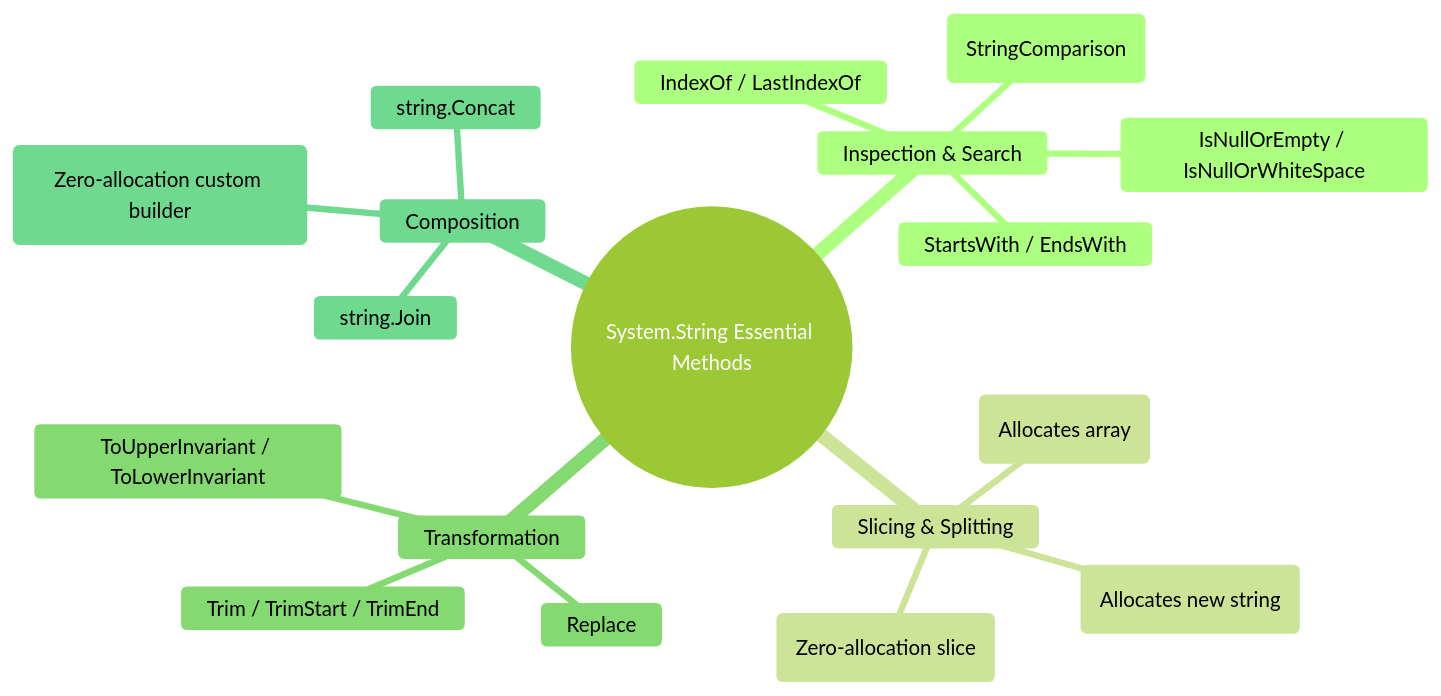
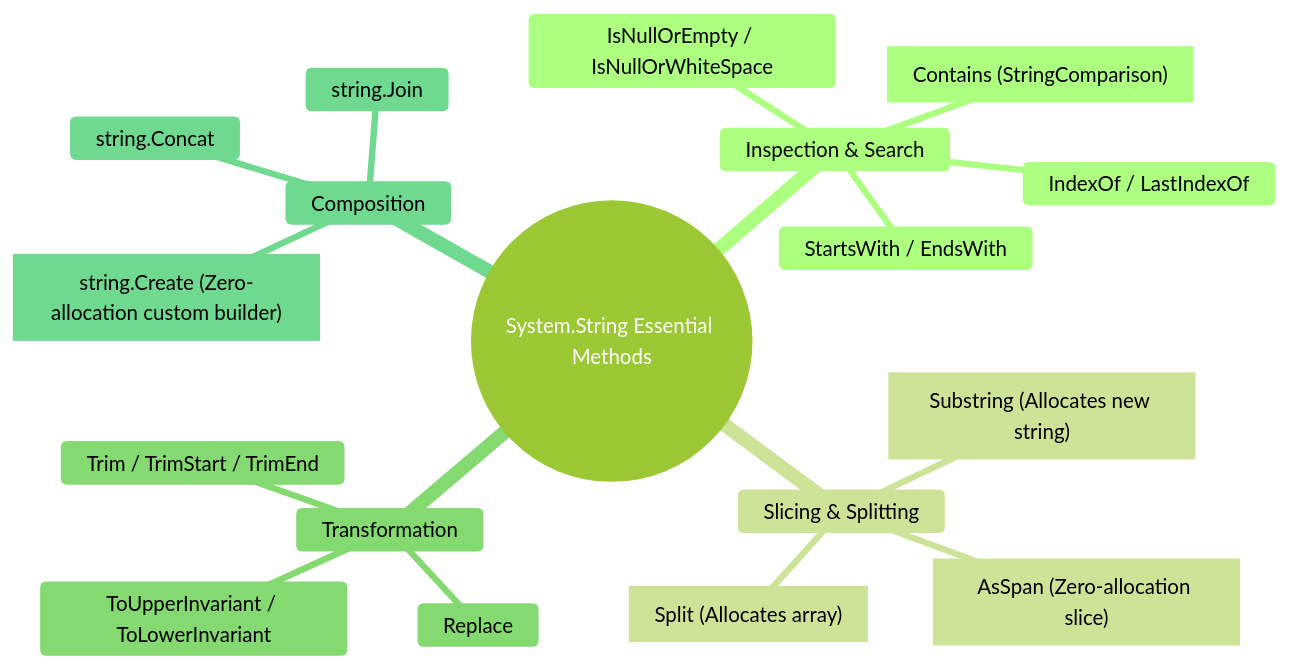
One commit to sreekanthap89/dotnet-csharp-sql-mastery changed the first of 5 diagrams in 30_string_coding_problems_using_functions.md. Above: the diagram before and after it, drawn with Mermaid (forest theme). The commit also changed 5 other files, not shown here.

Commit message:
fix(docs): quote edge and node labels in Mermaid diagrams for GitHub rendering compliance

````diff
--- a/30_string_coding_problems_using_functions.md
+++ b/30_string_coding_problems_using_functions.md
@@ -19,21 +19,21 @@
 ```mermaid
 mindmap
   root((System.String Essential Methods))
     Inspection & Search
       IndexOf / LastIndexOf
-      Contains (StringComparison)
+      ["Contains (StringComparison)"]
       StartsWith / EndsWith
       IsNullOrEmpty / IsNullOrWhiteSpace
     Slicing & Splitting
-      Substring (Allocates new string)
-      Split (Allocates array)
-      AsSpan (Zero-allocation slice)
+      ["Substring (Allocates new string)"]
+      ["Split (Allocates array)"]
+      ["AsSpan (Zero-allocation slice)"]
     Transformation
       Trim / TrimStart / TrimEnd
       Replace
       ToUpperInvariant / ToLowerInvariant
     Composition
       string.Join
       string.Concat
-      string.Create (Zero-allocation custom builder)
+      ["string.Create (Zero-allocation custom builder)"]
 ```
````
